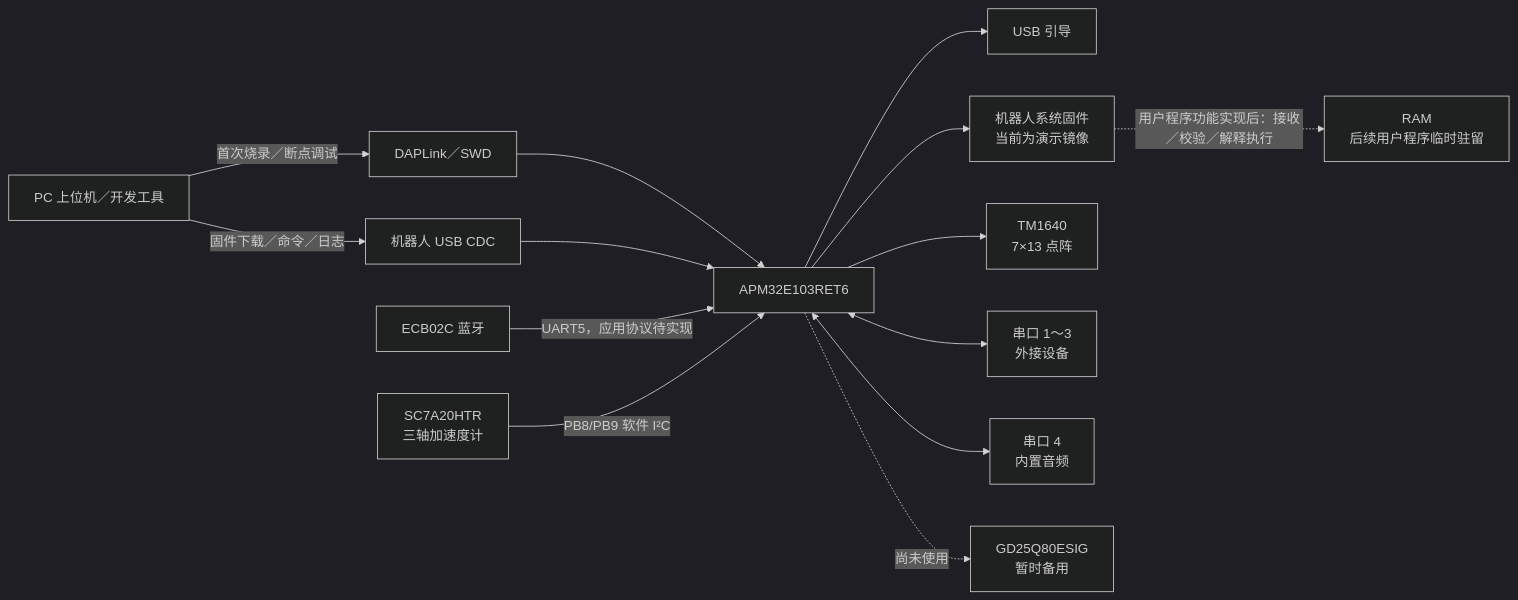
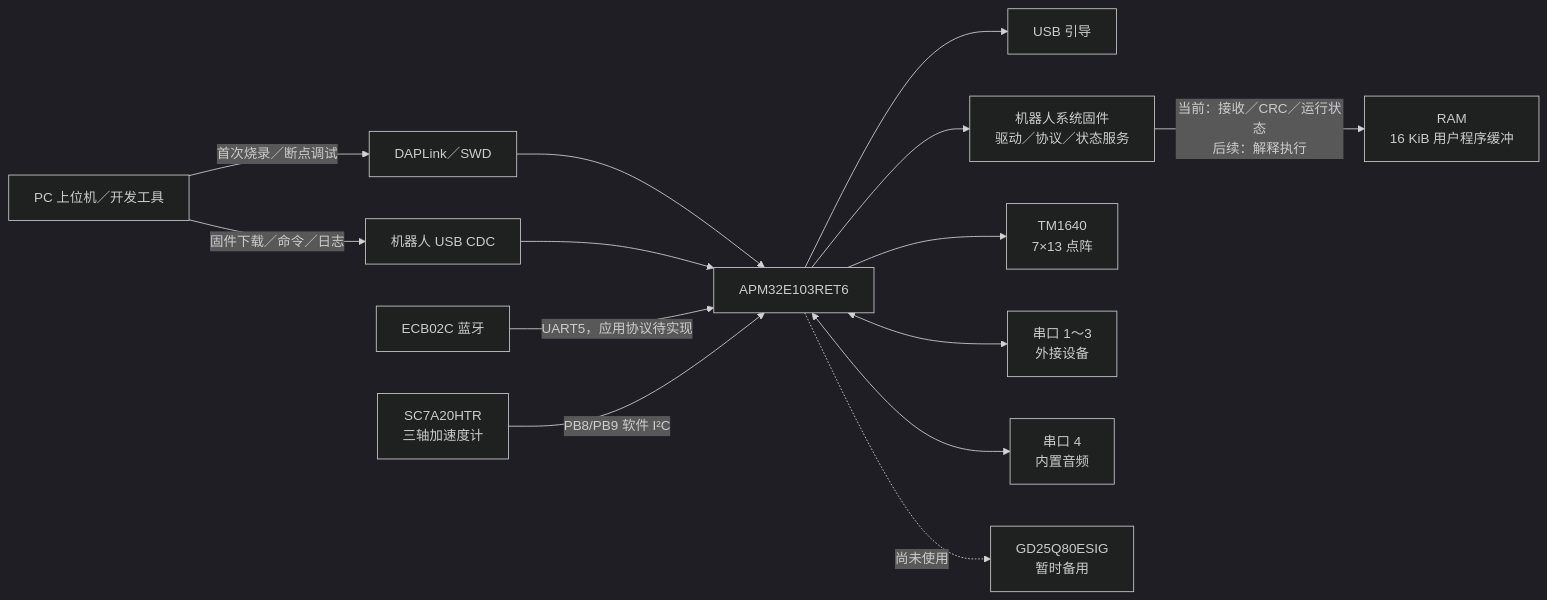
Before and after one commit to msl1831/KLQ_V2: the first of 6 diagrams in docs/architecture_current.md, drawn with Mermaid (dark theme). The commit also changed other lines of this file and 18 other files, not shown here.

````diff
--- a/docs/architecture_current.md
+++ b/docs/architecture_current.md
@@ -19,30 +19,30 @@
 ```mermaid
 flowchart LR
     PC[PC 上位机／开发工具]
     DAP[DAPLink／SWD]
     USB[机器人 USB CDC]
     BLE[ECB02C 蓝牙]
     MCU[APM32E103RET6]
     BOOT[USB 引导]
-    FW[机器人系统固件<br/>当前为演示镜像]
-    RAM[RAM<br/>后续用户程序临时驻留]
+    FW[机器人系统固件<br/>驱动／协议／状态服务]
+    RAM[RAM<br/>16 KiB 用户程序缓冲]
     LED[TM1640<br/>7×13 点阵]
     ACC[SC7A20HTR<br/>三轴加速度计]
     EXT[串口 1～3<br/>外接设备]
     AUDIO[串口 4<br/>内置音频]
     FLASH[GD25Q80ESIG<br/>暂时备用]
 
     PC -->|固件下载／命令／日志| USB
     PC -->|首次烧录／断点调试| DAP
     DAP --> MCU
     USB --> MCU
     BLE -->|UART5，应用协议待实现| MCU
     MCU --> BOOT
     MCU --> FW
-    FW -.->|用户程序功能实现后：接收／校验／解释执行| RAM
+    FW -->|当前：接收／CRC／运行状态<br/>后续：解释执行| RAM
     MCU --> LED
     ACC -->|PB8/PB9 软件 I²C| MCU
     MCU <--> EXT
     MCU <--> AUDIO
     MCU -.->|尚未使用| FLASH
 ```
````
